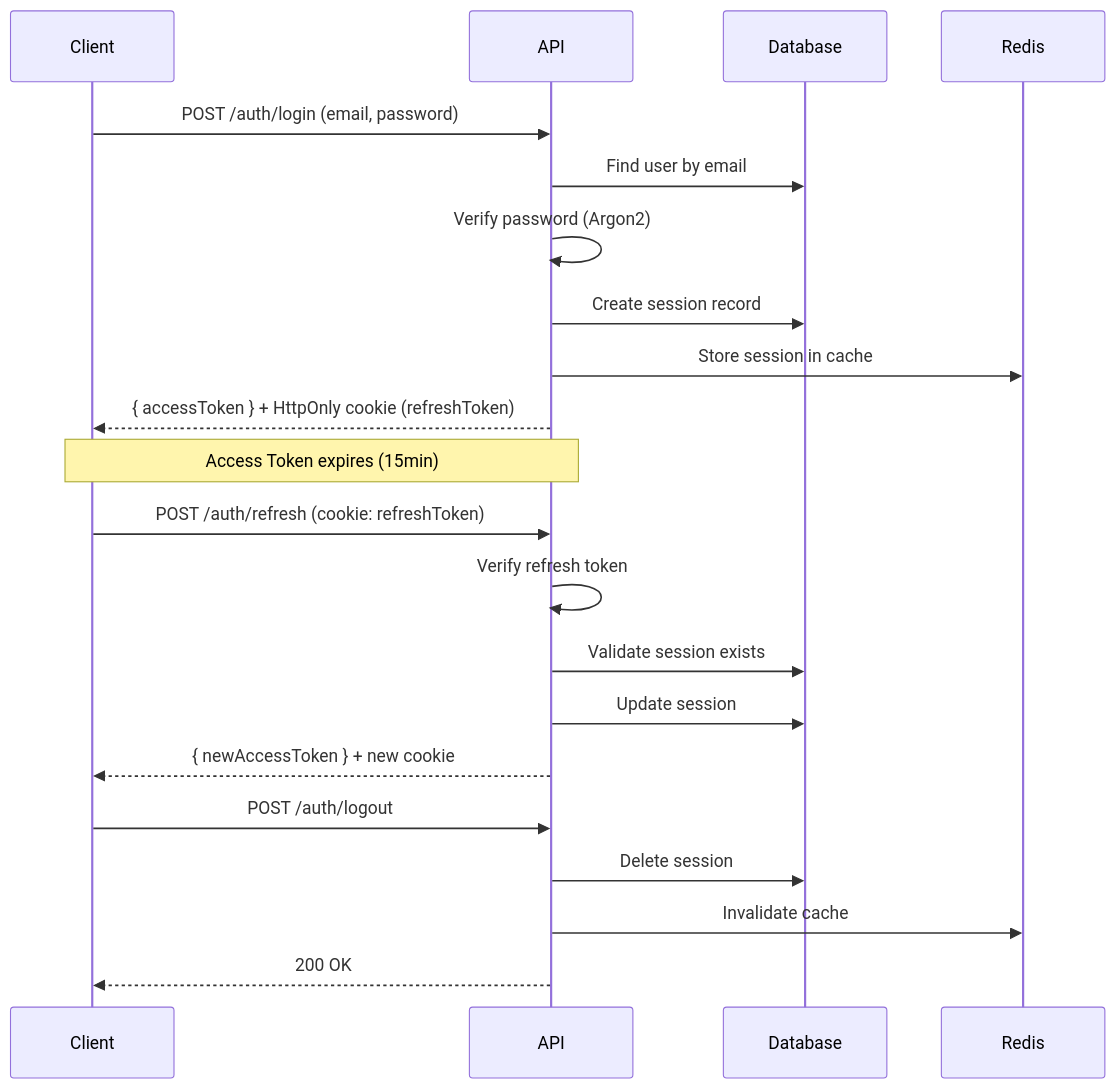
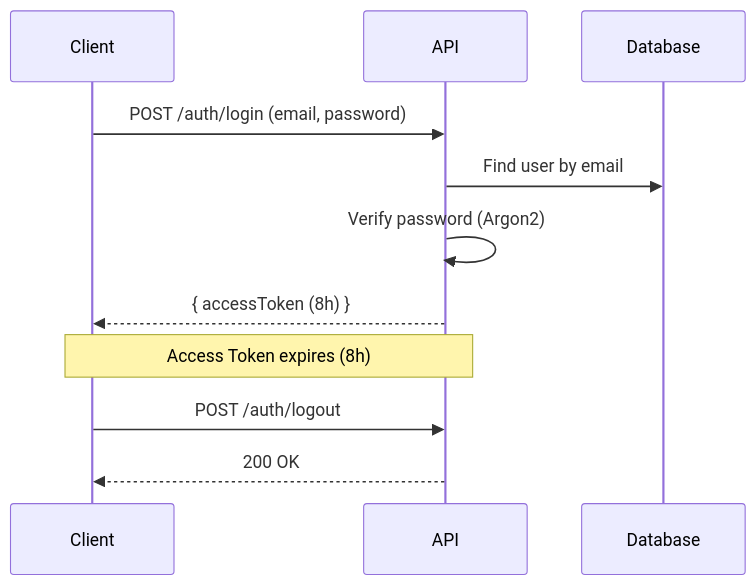
Before and after one commit to izaiasferreira/harpia.backend: the diagram in docs/features/03-authentication.md, drawn with Mermaid. The commit also changed other lines of this file and 45 other files, not shown here.

````diff
--- a/docs/features/03-authentication.md
+++ b/docs/features/03-authentication.md
@@ -13,27 +13,16 @@
 ```mermaid
 sequenceDiagram
     participant C as Client
     participant A as API
     participant DB as Database
-    participant R as Redis
 
     C->>A: POST /auth/login (email, password)
     A->>DB: Find user by email
     A->>A: Verify password (Argon2)
-    A->>DB: Create session record
-    A->>R: Store session in cache
-    A-->>C: { accessToken } + HttpOnly cookie (refreshToken)
+    A-->>C: { accessToken (8h) }
 
-    Note over C,A: Access Token expires (15min)
-
-    C->>A: POST /auth/refresh (cookie: refreshToken)
-    A->>A: Verify refresh token
-    A->>DB: Validate session exists
-    A->>DB: Update session
-    A-->>C: { newAccessToken } + new cookie
+    Note over C,A: Access Token expires (8h)
 
     C->>A: POST /auth/logout
-    A->>DB: Delete session
-    A->>R: Invalidate cache
     A-->>C: 200 OK
 ```
````
